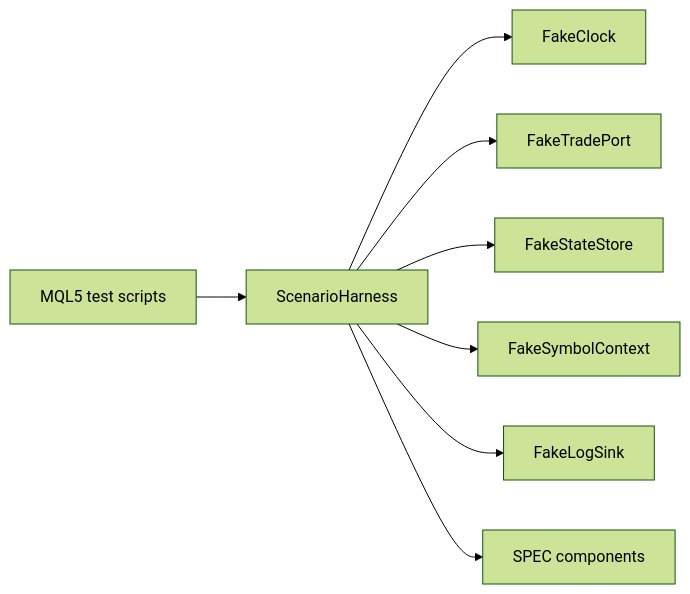
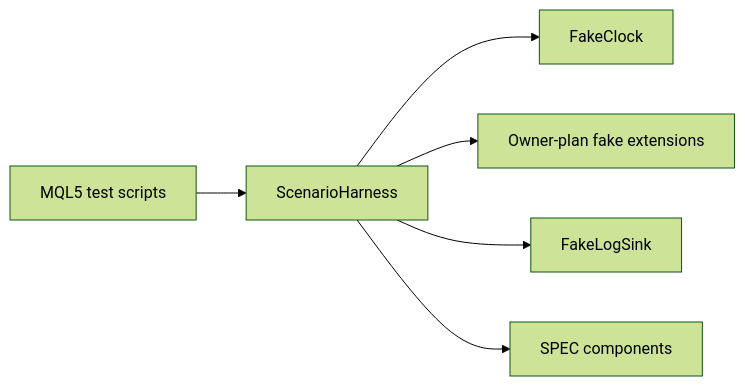
Before and after one commit to phbrgnomo/TradeSpine: the diagram in docs/06_SPEC/SPEC-11_testing_support_and_harnesses/SPEC-11_testing_support_and_harnesses.readable.md, drawn with Mermaid (forest theme). The commit also changed other lines of this file and 21 other files, not shown here.

````diff
--- a/docs/06_SPEC/SPEC-11_testing_support_and_harnesses/SPEC-11_testing_support_and_harnesses.readable.md
+++ b/docs/06_SPEC/SPEC-11_testing_support_and_harnesses/SPEC-11_testing_support_and_harnesses.readable.md
@@ -18,10 +18,8 @@
 ```mermaid
 flowchart LR
   Tests["MQL5 test scripts"] --> Harness["ScenarioHarness"]
   Harness --> Clock["FakeClock"]
-  Harness --> Broker["FakeTradePort"]
-  Harness --> Store["FakeStateStore"]
-  Harness --> Symbol["FakeSymbolContext"]
+  Harness --> Extensions["Owner-plan fake extensions"]
   Harness --> Logs["FakeLogSink"]
   Harness --> Components["SPEC components"]
 ```
````
